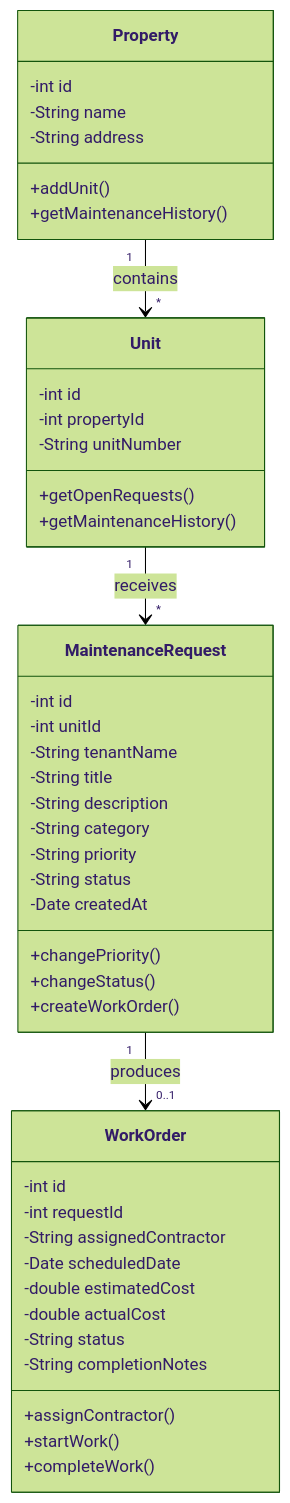
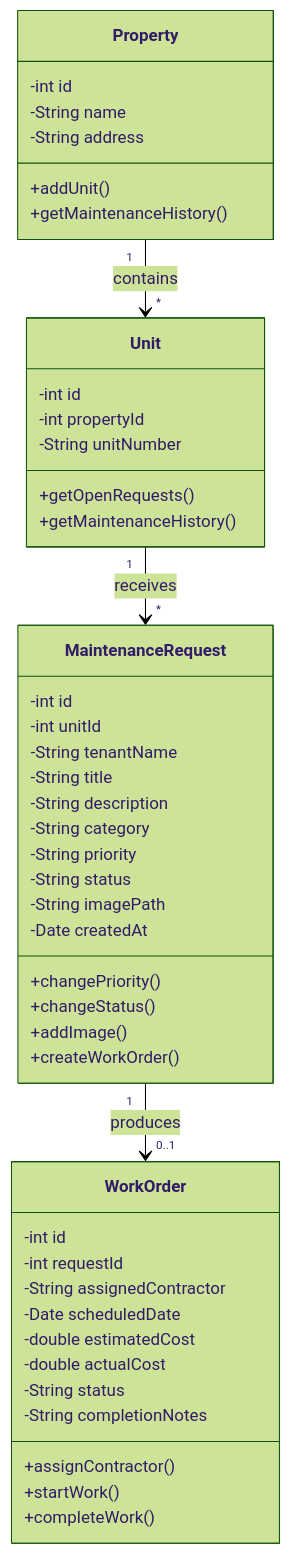
The third of 4 diagrams in README.md (JaiKaushik03/cen5064-project-Jai), drawn with Mermaid (forest theme) before and after one commit. The commit also changed other lines of this file, not shown here.

Commit message:
L3 studio: request priorities + image upload

````diff
--- a/README.md
+++ b/README.md
@@ -76,52 +76,54 @@
 ```mermaid
 classDiagram
 
     class Property {
         -int id
         -String name
         -String address
         +addUnit()
         +getMaintenanceHistory()
     }
 
     class Unit {
         -int id
         -int propertyId
         -String unitNumber
         +getOpenRequests()
         +getMaintenanceHistory()
     }
 
     class MaintenanceRequest {
         -int id
         -int unitId
         -String tenantName
         -String title
         -String description
         -String category
         -String priority
         -String status
+        -String imagePath
         -Date createdAt
         +changePriority()
         +changeStatus()
+        +addImage()
         +createWorkOrder()
     }
 
     class WorkOrder {
         -int id
         -int requestId
         -String assignedContractor
         -Date scheduledDate
         -double estimatedCost
         -double actualCost
         -String status
         -String completionNotes
         +assignContractor()
         +startWork()
         +completeWork()
     }
 
     Property "1" --> "*" Unit : contains
     Unit "1" --> "*" MaintenanceRequest : receives
     MaintenanceRequest "1" --> "0..1" WorkOrder : produces
 ```
````
